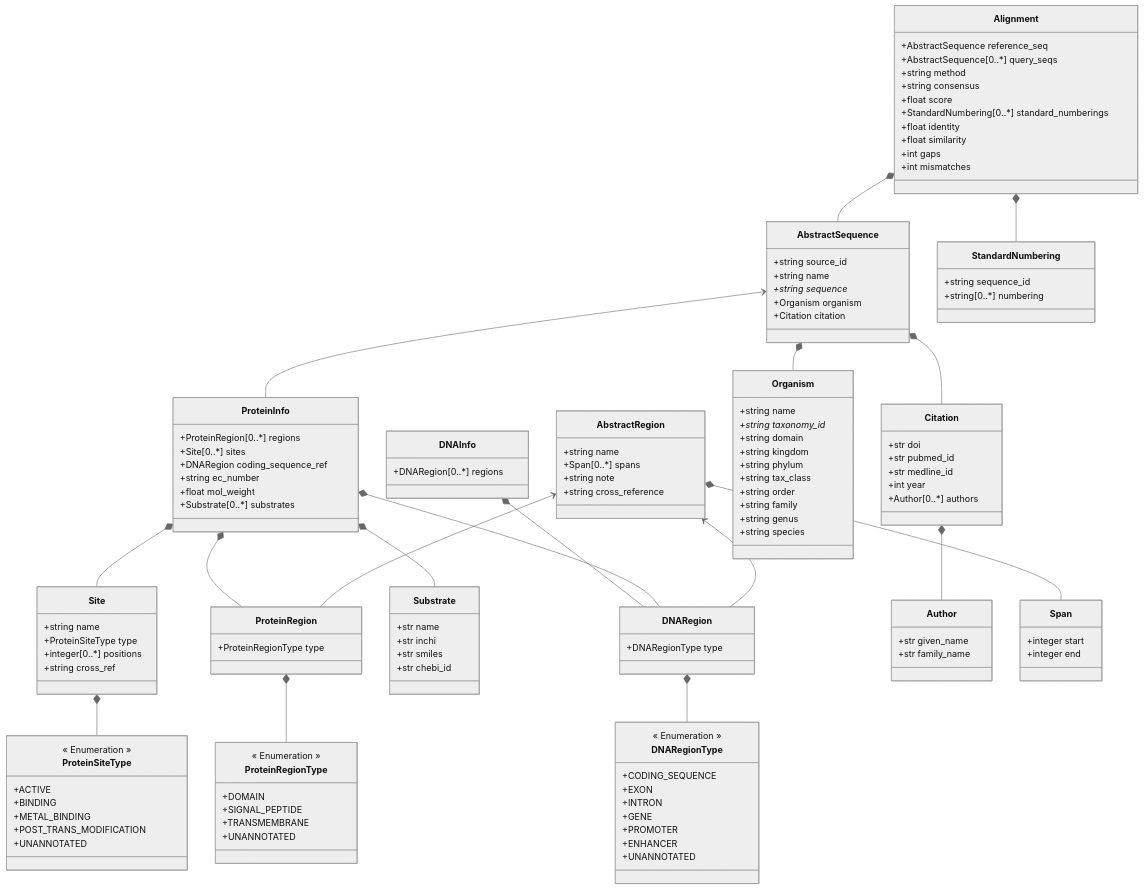
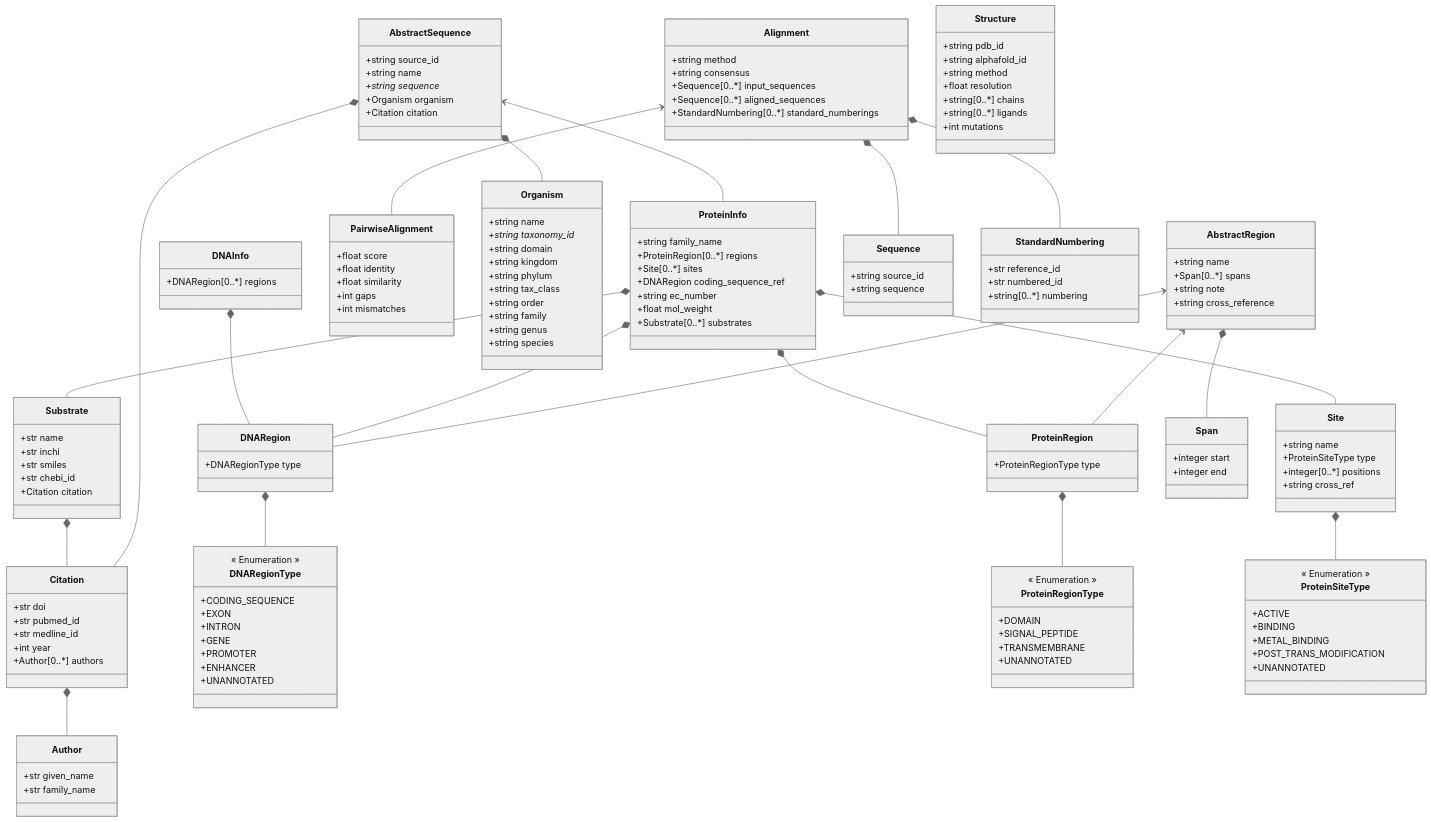
One commit to PyEED/pyeed changed the diagram in pyEED/schemes/pyeed_schema.md. Above: the diagram before and after it, drawn with Mermaid (neutral theme). The commit also changed 13 other files, not shown here.

Commit message:
refactored Alignment and added substrate

```diff
--- a/pyEED/schemes/pyeed_schema.md
+++ b/pyEED/schemes/pyeed_schema.md
@@ -3,6 +3,7 @@
     AbstractSequence <-- ProteinInfo
     AbstractRegion <-- DNARegion
     AbstractRegion <-- ProteinRegion
+    Alignment <-- PairwiseAlignment
     AbstractSequence *-- Citation
     AbstractSequence *-- Organism
     ProteinInfo *-- Substrate
@@ -11,11 +12,12 @@
     ProteinInfo *-- Site
     DNAInfo *-- DNARegion
     Citation *-- Author
+    Substrate *-- Citation
     AbstractRegion *-- Span
     DNARegion *-- DNARegionType
     ProteinRegion *-- ProteinRegionType
     Site *-- ProteinSiteType
-    Alignment *-- AbstractSequence
+    Alignment *-- Sequence
     Alignment *-- StandardNumbering
     
     class AbstractSequence {
@@ -27,12 +29,23 @@
     }
     
     class ProteinInfo {
+        +string family_name
         +ProteinRegion[0..*] regions
         +Site[0..*] sites
         +DNARegion coding_sequence_ref
         +string ec_number
         +float mol_weight
         +Substrate[0..*] substrates
+    }
+    
+    class Structure {
+        +string pdb_id
+        +string alphafold_id
+        +string method
+        +float resolution
+        +string[0..*] chains
+        +string[0..*] ligands
+        +int mutations
     }
     
     class DNAInfo {
@@ -57,6 +70,7 @@
         +str inchi
         +str smiles
         +str chebi_id
+        +Citation citation
     }
     
     class AbstractRegion {
@@ -100,20 +114,29 @@
     }
     
     class Alignment {
-        +AbstractSequence reference_seq
-        +AbstractSequence[0..*] query_seqs
         +string method
         +string consensus
+        +Sequence[0..*] input_sequences
+        +Sequence[0..*] aligned_sequences
+        +StandardNumbering[0..*] standard_numberings
+    }
+    
+    class PairwiseAlignment {
         +float score
-        +StandardNumbering[0..*] standard_numberings
         +float identity
         +float similarity
         +int gaps
         +int mismatches
     }
     
+    class Sequence {
+        +string source_id
+        +string sequence
+    }
+    
     class StandardNumbering {
-        +string sequence_id
+        +str reference_id
+        +str numbered_id
         +string[0..*] numbering
     }
     
```
